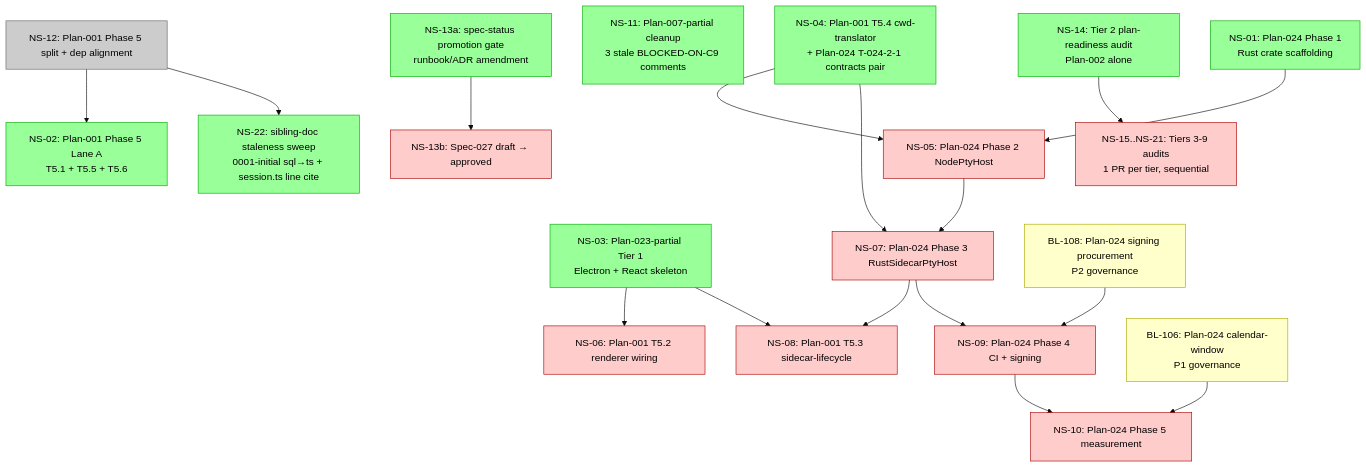
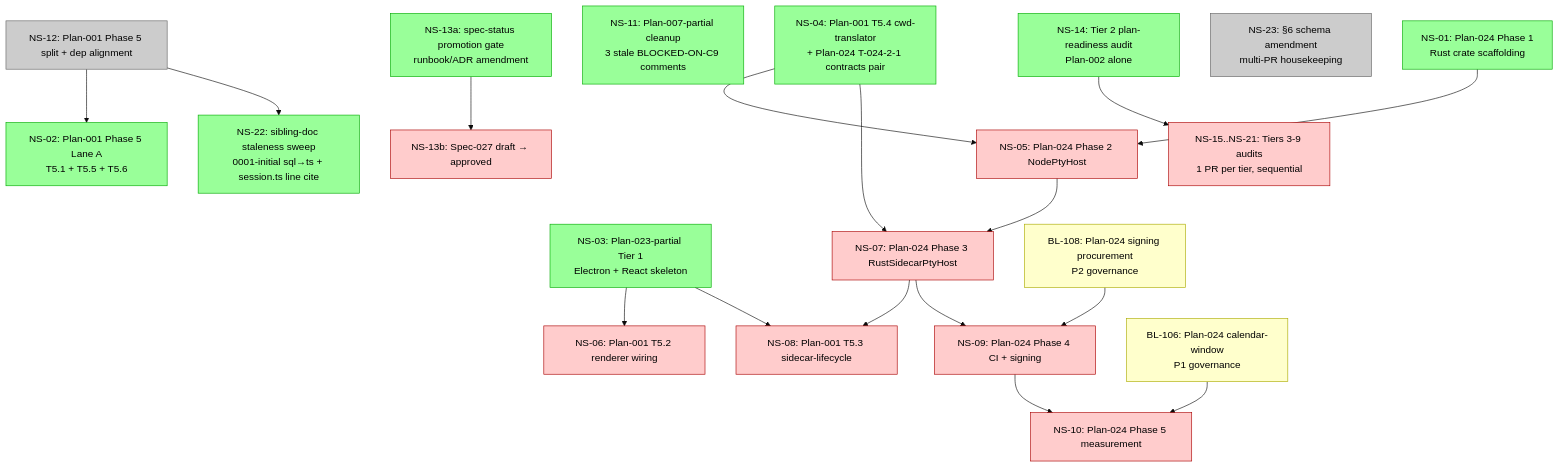
Before and after one commit to Sawmonabo/ai-sidekicks: the diagram in docs/architecture/cross-plan-dependencies.md, drawn with Mermaid (base theme). The commit also changed other lines of this file, not shown here.

````diff
--- a/docs/architecture/cross-plan-dependencies.md
+++ b/docs/architecture/cross-plan-dependencies.md
@@ -282,55 +282,56 @@
 ```mermaid
 graph TB
   %% READY (no upstream NS-XX blockers, or all upstream satisfied)
   NS01[NS-01: Plan-024 Phase 1<br/>Rust crate scaffolding]:::ready
   NS02[NS-02: Plan-001 Phase 5 Lane A<br/>T5.1 + T5.5 + T5.6]:::ready
   NS03[NS-03: Plan-023-partial Tier 1<br/>Electron + React skeleton]:::ready
   NS04[NS-04: Plan-001 T5.4 cwd-translator<br/>+ Plan-024 T-024-2-1 contracts pair]:::ready
   NS11[NS-11: Plan-007-partial cleanup<br/>3 stale BLOCKED-ON-C9 comments]:::ready
   NS13a[NS-13a: spec-status promotion gate<br/>runbook/ADR amendment]:::ready
   NS14[NS-14: Tier 2 plan-readiness audit<br/>Plan-002 alone]:::ready
   NS22[NS-22: sibling-doc staleness sweep<br/>0001-initial sql→ts + session.ts line cite]:::ready
+  NS23[NS-23: §6 schema amendment<br/>multi-PR housekeeping]:::completed
 
   %% BLOCKED
   NS05[NS-05: Plan-024 Phase 2 NodePtyHost]:::blocked
   NS06[NS-06: Plan-001 T5.2 renderer wiring]:::blocked
   NS07[NS-07: Plan-024 Phase 3 RustSidecarPtyHost]:::blocked
   NS08[NS-08: Plan-001 T5.3 sidecar-lifecycle]:::blocked
   NS09[NS-09: Plan-024 Phase 4 CI + signing]:::blocked
   NS10[NS-10: Plan-024 Phase 5 measurement]:::blocked
   NS13b[NS-13b: Spec-027 draft → approved]:::blocked
   NS15[NS-15..NS-21: Tiers 3-9 audits<br/>1 PR per tier, sequential]:::blocked
 
   %% COMPLETED
   NS12[NS-12: Plan-001 Phase 5 split + dep alignment]:::completed
 
   %% EXISTING BACKLOG (governance)
   BL106[BL-106: Plan-024 calendar-window<br/>P1 governance]:::governance
   BL108[BL-108: Plan-024 signing procurement<br/>P2 governance]:::governance
 
   %% Code track edges
   NS12 --> NS02
   NS12 --> NS22
   NS01 --> NS05
   NS04 --> NS05
   NS04 --> NS07
   NS05 --> NS07
   NS03 --> NS06
   NS03 --> NS08
   NS07 --> NS08
   NS07 --> NS09
   BL108 --> NS09
   NS09 --> NS10
   BL106 --> NS10
 
   %% Governance chain
   NS13a --> NS13b
 
   %% Audit chain
   NS14 --> NS15
 
   classDef ready fill:#9f9,stroke:#0a0,color:#000
   classDef blocked fill:#fcc,stroke:#a00,color:#000
   classDef completed fill:#ccc,stroke:#666,color:#000
   classDef governance fill:#ffc,stroke:#aa0,color:#000
 ```
````
